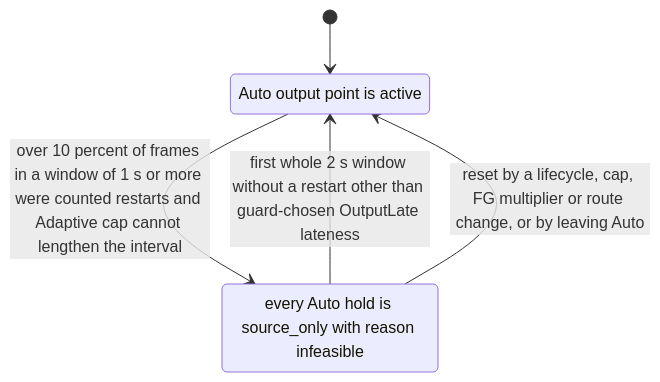
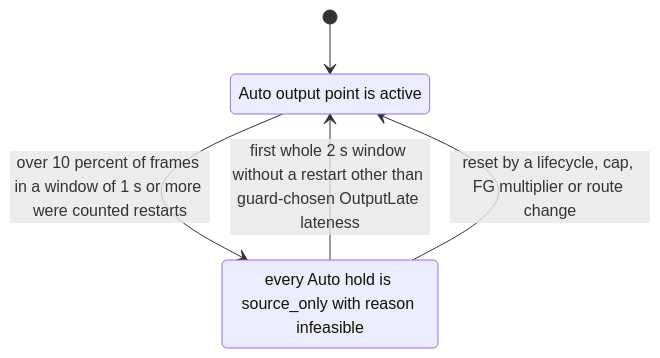
Before and after one commit to RankFTW/ReLimiter: the eighth of 11 diagrams in docs/FRAME_PACING.md, drawn with Mermaid. The commit also changed other lines of this file and 32 other files, not shown here.

````diff
--- a/docs/FRAME_PACING.md
+++ b/docs/FRAME_PACING.md
@@ -426,9 +412,9 @@
 ```mermaid
 stateDiagram-v2
     [*] --> Holding
-    Holding --> Paused : over 10 percent of frames in a window of 1 s or more were counted restarts and Adaptive cap cannot lengthen the interval
+    Holding --> Paused : over 10 percent of frames in a window of 1 s or more were counted restarts
     Paused --> Holding : first whole 2 s window without a restart other than guard-chosen OutputLate lateness
-    Paused --> Holding : reset by a lifecycle, cap, FG multiplier or route change, or by leaving Auto
+    Paused --> Holding : reset by a lifecycle, cap, FG multiplier or route change
     Holding : Auto output point is active
     Paused : every Auto hold is source_only with reason infeasible
 ```
````
